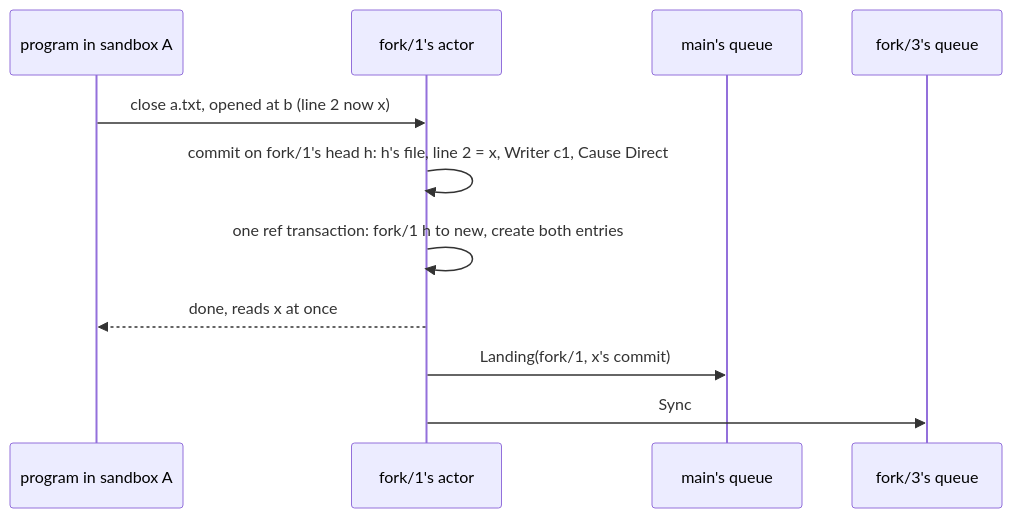
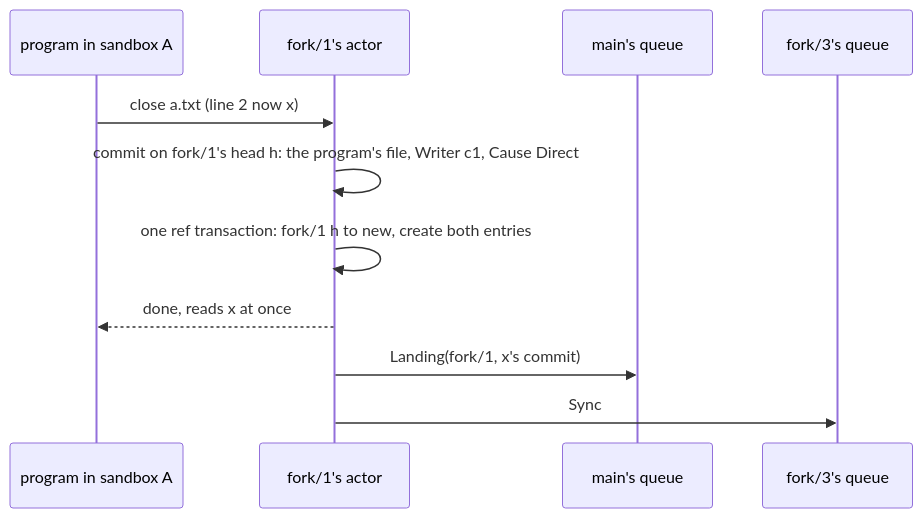
One commit to mcurcio/agentfs changed the second of 9 diagrams in docs/target-architecture/git-model.md. Above: the diagram before and after it, drawn with Mermaid. The commit also changed other lines of this file and 6 other files, not shown here.

````diff
--- a/docs/target-architecture/git-model.md
+++ b/docs/target-architecture/git-model.md
@@ -165,13 +183,13 @@
 ```mermaid
 sequenceDiagram
   participant P as program in sandbox A
   participant A as fork/1's actor
   participant QM as main's queue
   participant QC as fork/3's queue
-  P->>A: close a.txt, opened at b (line 2 now x)
-  A->>A: commit on fork/1's head h: h's file, line 2 = x, Writer c1, Cause Direct
+  P->>A: close a.txt (line 2 now x)
+  A->>A: commit on fork/1's head h: the program's file, Writer c1, Cause Direct
   A->>A: one ref transaction: fork/1 h to new, create both entries
   A-->>P: done, reads x at once
   A->>QM: Landing(fork/1, x's commit)
   A->>QC: Sync
 ```
````
